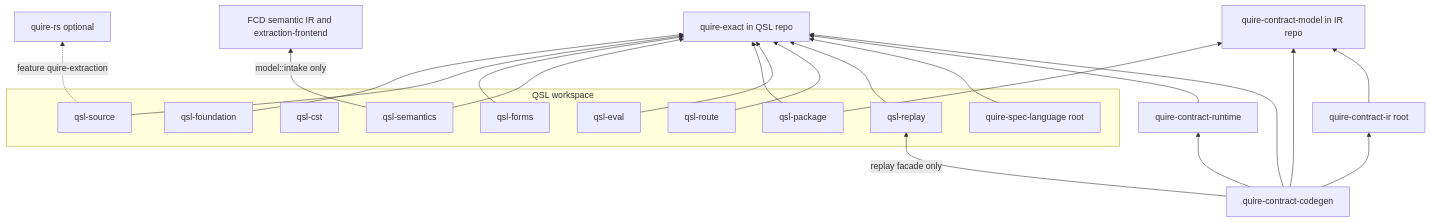
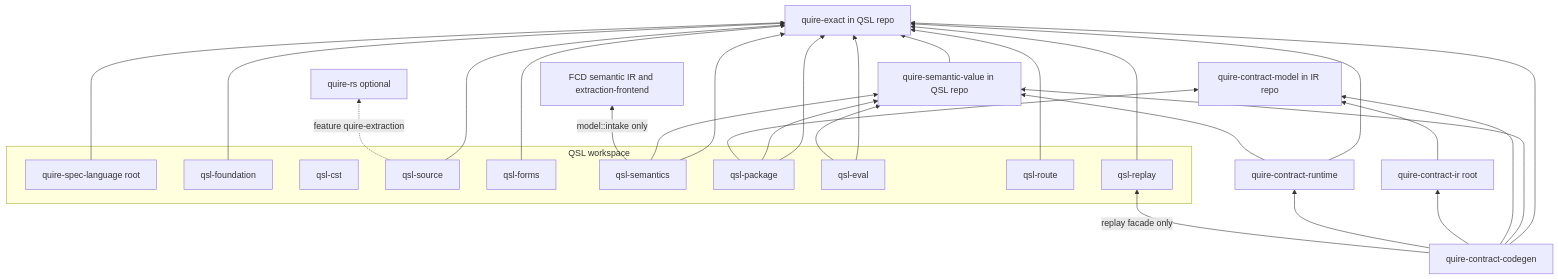
One commit to agent-ix/quire-spec-language changed the second of 2 diagrams in spec/decisions/ADR-011-stage-dag-and-dependency-architecture.md. Above: the diagram before and after it, drawn with Mermaid. The commit also changed other lines of this file and 67 other files, not shown here.

First line of the commit message:
QSL-358 slice 1: quire-semantic-value leaf (SV); move stop/quantity/unit runtime half/semantic_node vocab (#565)

````diff
--- a/spec/decisions/ADR-011-stage-dag-and-dependency-architecture.md
+++ b/spec/decisions/ADR-011-stage-dag-and-dependency-architecture.md
@@ -911,33 +941,38 @@
 ```mermaid
 flowchart BT
   QX[quire-exact in QSL repo]
+  SV[quire-semantic-value in QSL repo]
   subgraph QSLW[QSL workspace]
     QSL[quire-spec-language root]
     QFO[qsl-foundation]
     QCS[qsl-cst]
     QSO[qsl-source]
     QFM[qsl-forms]
     QSE[qsl-semantics]
     QPK[qsl-package]
     QEV[qsl-eval]
     QRO[qsl-route]
     QRP[qsl-replay]
   end
   CM[quire-contract-model in IR repo]
   IR[quire-contract-ir root]
   RT[quire-contract-runtime]
   CG[quire-contract-codegen]
   FCD[FCD semantic IR and extraction-frontend]
   QRS[quire-rs optional]
   QFO & QSO & QFM & QSE & QPK & QEV & QRO & QRP & QSL --> QX
+  QSE & QPK & QEV --> SV
+  SV --> QX
   QPK --> CM
   QSE -->|model::intake only| FCD
   QSO -.->|feature quire-extraction| QRS
   RT --> QX
+  RT --> SV
   CG --> QX
+  CG --> SV
   CG --> CM
   CG --> IR
   CG --> RT
   CG -->|replay facade only| QRP
   IR --> CM
 ```
````
